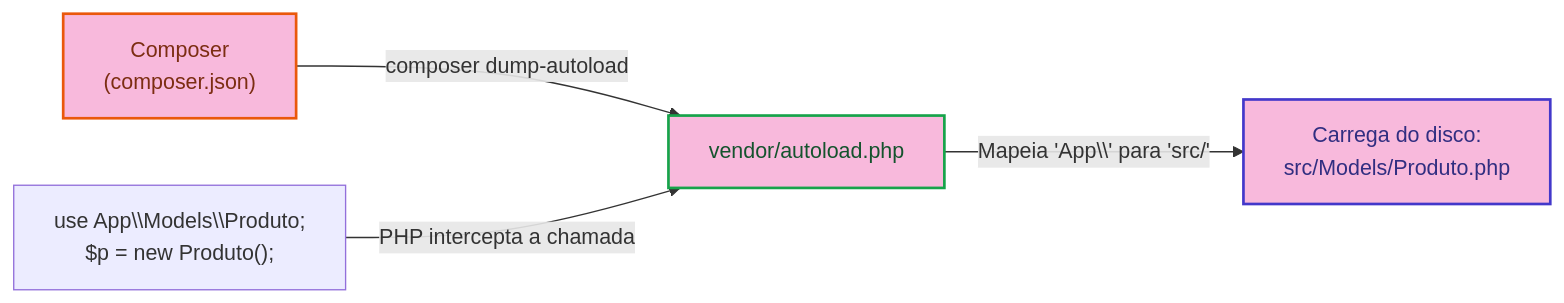
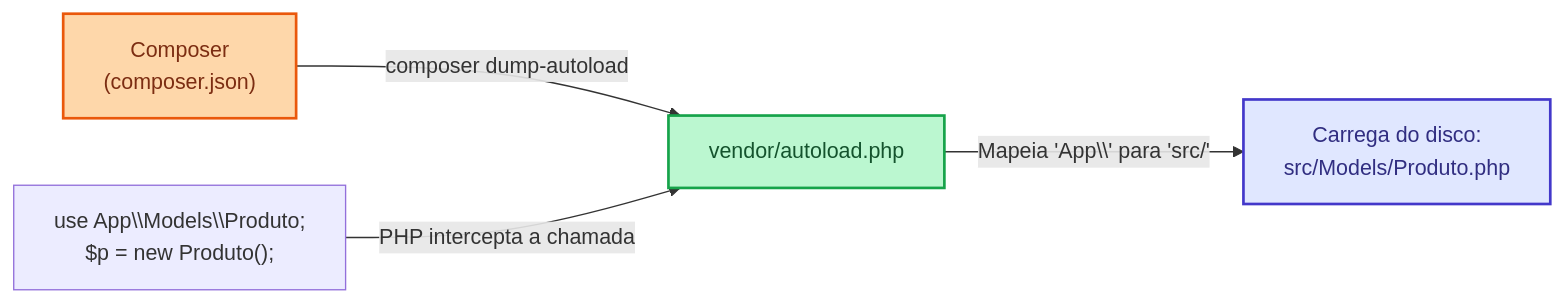
Diagram 27 of 29 in README.md (sofiacelestino01/CursoBackEnd46bt22026), drawn with Mermaid before and after one commit. The commit also changed other lines of this file and 32 other files, not shown here.

````diff
--- a/README.md
+++ b/README.md
@@ -2029,11 +2061,11 @@
 ```mermaid
 flowchart LR
     comp["Composer<br/>(composer.json)"] -->|"composer dump-autoload"| auto["vendor/autoload.php"]
     
     codigo["use App\\Models\\Produto;<br/>$p = new Produto();"] -->|"PHP intercepta a chamada"| auto
     auto -->|"Mapeia 'App\\' para 'src/'"| disco["Carrega do disco:<br/>src/Models/Produto.php"]
 
-    style comp fill:#f8b9dc,stroke:#ea580c,stroke-width:2px,color:#7c2d12
-    style auto fill:#f8b9dc,stroke:#16a34a,stroke-width:2px,color:#14532d
-    style disco fill:#f8b9dc,stroke:#4338ca,stroke-width:2px,color:#312e81
+    style comp fill:#fed7aa,stroke:#ea580c,stroke-width:2px,color:#7c2d12
+    style auto fill:#bbf7d0,stroke:#16a34a,stroke-width:2px,color:#14532d
+    style disco fill:#e0e7ff,stroke:#4338ca,stroke-width:2px,color:#312e81
 ```
````
